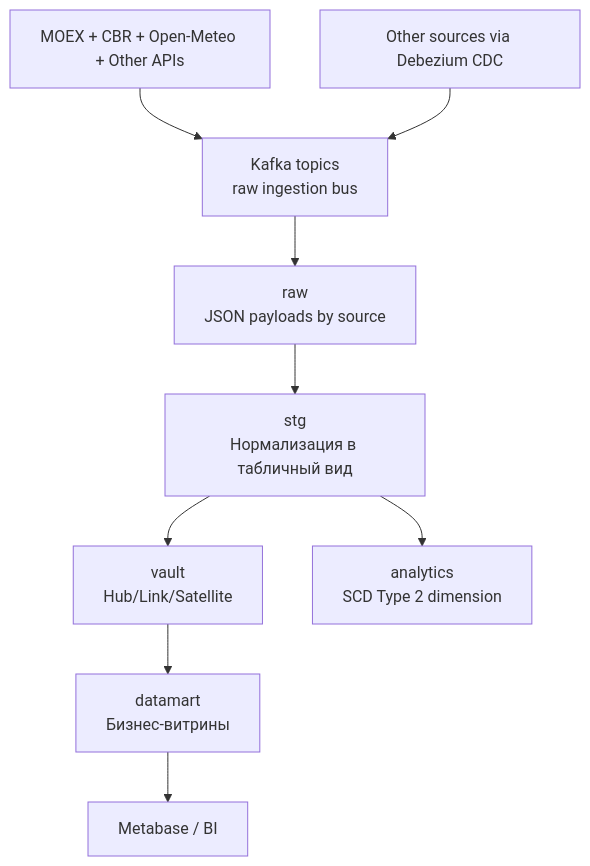
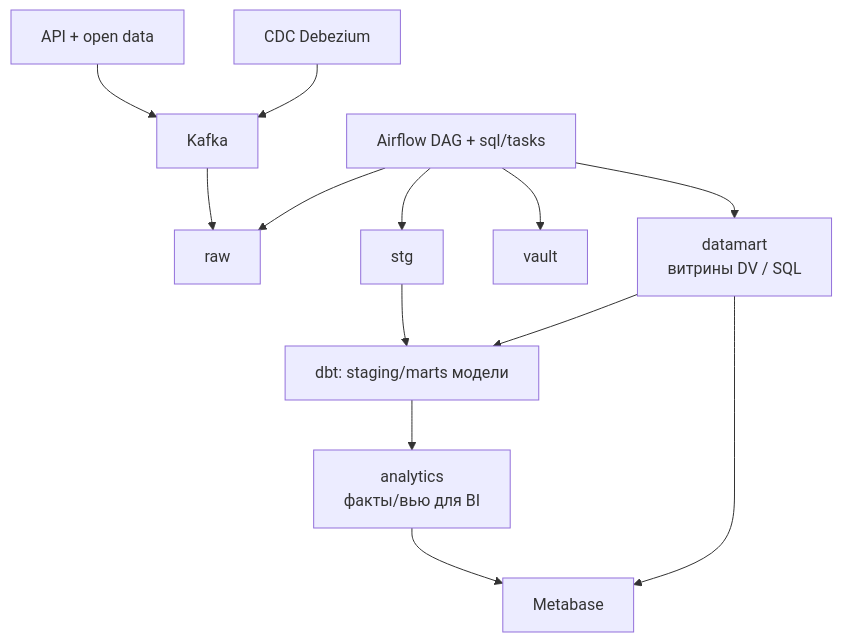
Before and after one commit to 4god/moex-etl: the second of 3 diagrams in docs/architecture.md, drawn with Mermaid. The commit also changed other lines of this file and 1 other file, not shown here.

````diff
--- a/docs/architecture.md
+++ b/docs/architecture.md
@@ -27,11 +56,15 @@
 ```mermaid
 flowchart TB
-    API["MOEX + CBR + Open-Meteo + Other APIs"] --> KAFKA["Kafka topics<br/>raw ingestion bus"]
-    CDC["Other sources via Debezium CDC"] --> KAFKA
-    KAFKA --> RAW["raw<br/>JSON payloads by source"]
-    RAW --> STG["stg<br/>Нормализация в табличный вид"]
-    STG --> VAULT["vault<br/>Hub/Link/Satellite"]
-    VAULT --> DM["datamart<br/>Бизнес-витрины"]
-    STG --> SCD["analytics<br/>SCD Type 2 dimension"]
-    DM --> BI["Metabase / BI"]
+    API["API + open data"] --> KAFKA["Kafka"]
+    CDC["CDC Debezium"] --> KAFKA
+    KAFKA --> RAW["raw"]
+    AF["Airflow DAG + sql/tasks"] --> RAW
+    AF --> STG["stg"]
+    AF --> VAULT["vault"]
+    AF --> DM["datamart<br/>витрины DV / SQL"]
+    STG --> DBT["dbt: staging/marts модели"]
+    DM --> DBT
+    DBT --> AN["analytics<br/>факты/вью для BI"]
+    DM --> BI["Metabase"]
+    AN --> BI
 ```
````
